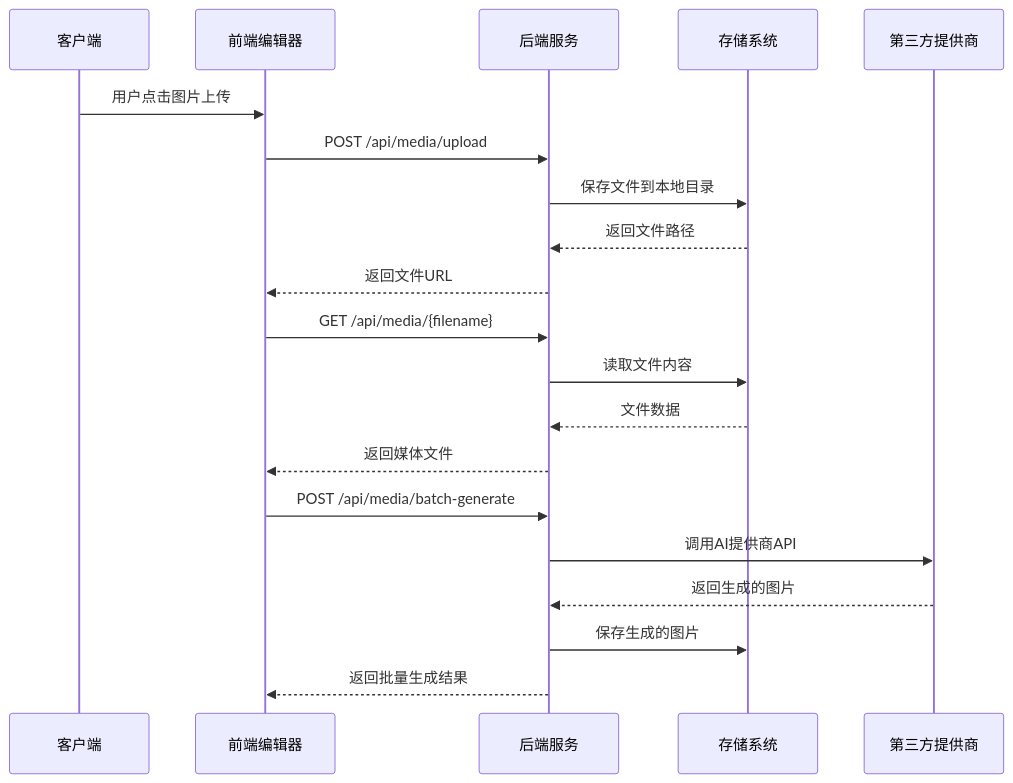
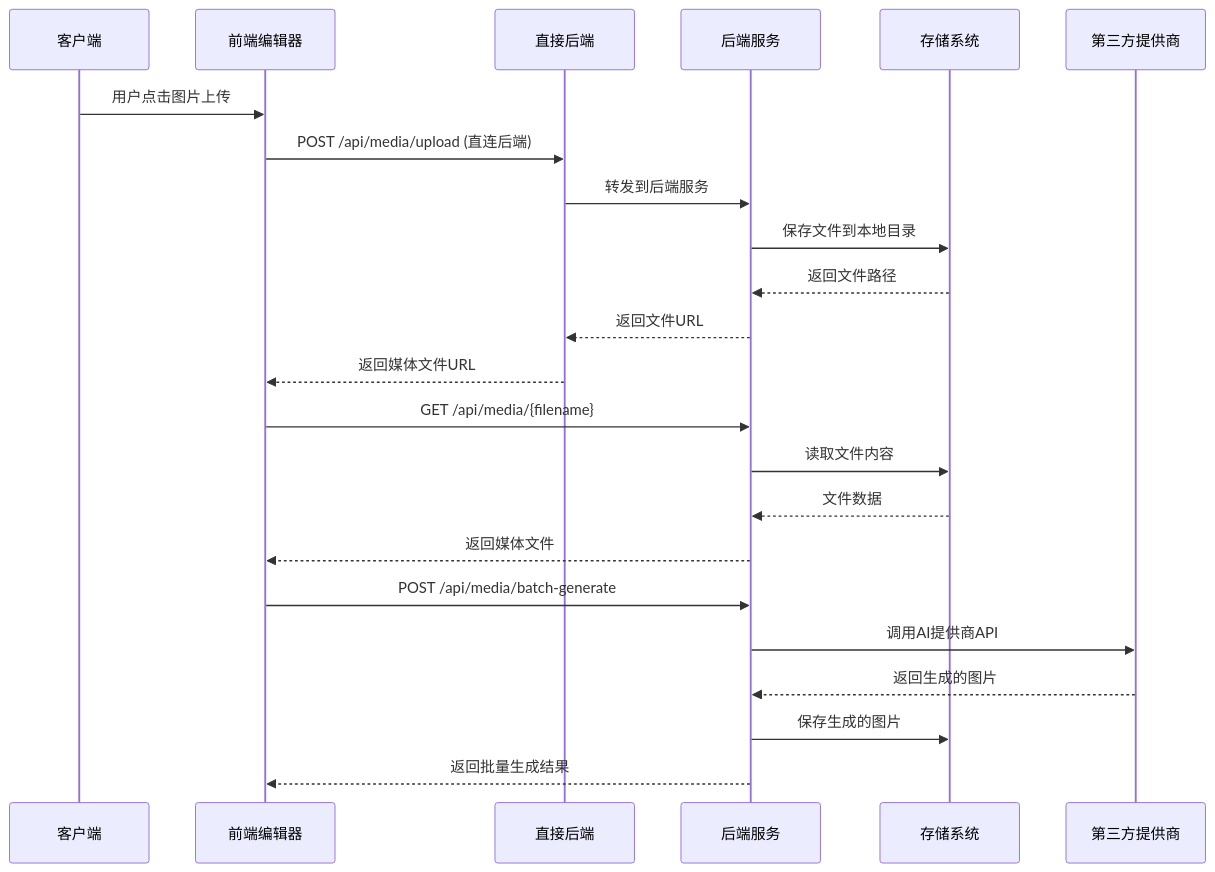
The second of 7 diagrams in .qoder/repowiki/zh/content/Media Upload System.md (KunLabAI/KunFlix), drawn with Mermaid before and after one commit. The commit also changed other lines of this file and 39 other files, not shown here.

````diff
--- a/.qoder/repowiki/zh/content/Media Upload System.md
+++ b/.qoder/repowiki/zh/content/Media Upload System.md
@@ -116,22 +143,25 @@
 ```mermaid
 sequenceDiagram
 participant Client as 客户端
 participant Frontend as 前端编辑器
+participant DirectBackend as 直接后端
 participant Backend as 后端服务
 participant Storage as 存储系统
 participant Provider as 第三方提供商
 Client->>Frontend : 用户点击图片上传
-Frontend->>Backend : POST /api/media/upload
+Frontend->>DirectBackend : POST /api/media/upload (直连后端)
+DirectBackend->>Backend : 转发到后端服务
 Backend->>Storage : 保存文件到本地目录
 Storage-->>Backend : 返回文件路径
-Backend-->>Frontend : 返回文件URL
+Backend-->>DirectBackend : 返回文件URL
+DirectBackend-->>Frontend : 返回媒体文件URL
 Frontend->>Backend : GET /api/media/{filename}
 Backend->>Storage : 读取文件内容
 Storage-->>Backend : 文件数据
 Backend-->>Frontend : 返回媒体文件
 Frontend->>Backend : POST /api/media/batch-generate
 Backend->>Provider : 调用AI提供商API
 Provider-->>Backend : 返回生成的图片
 Backend->>Storage : 保存生成的图片
 Backend-->>Frontend : 返回批量生成结果
 ```
````
